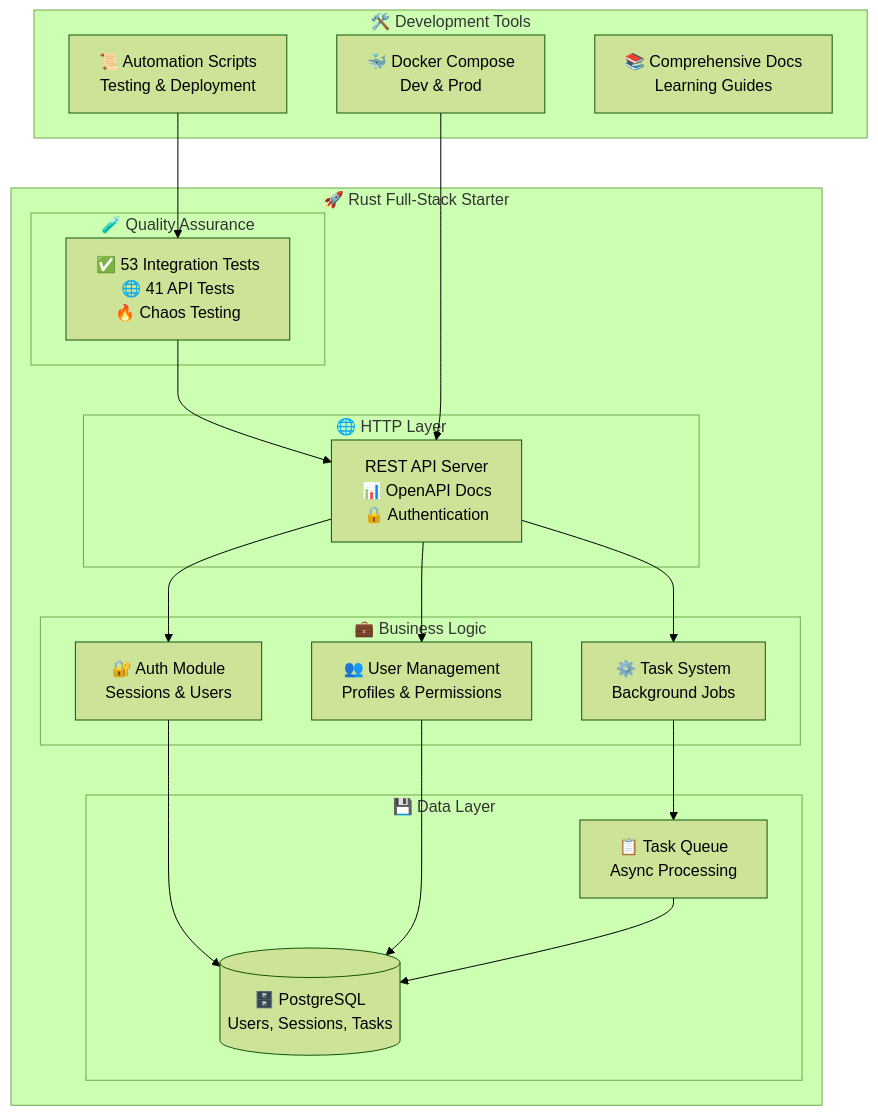
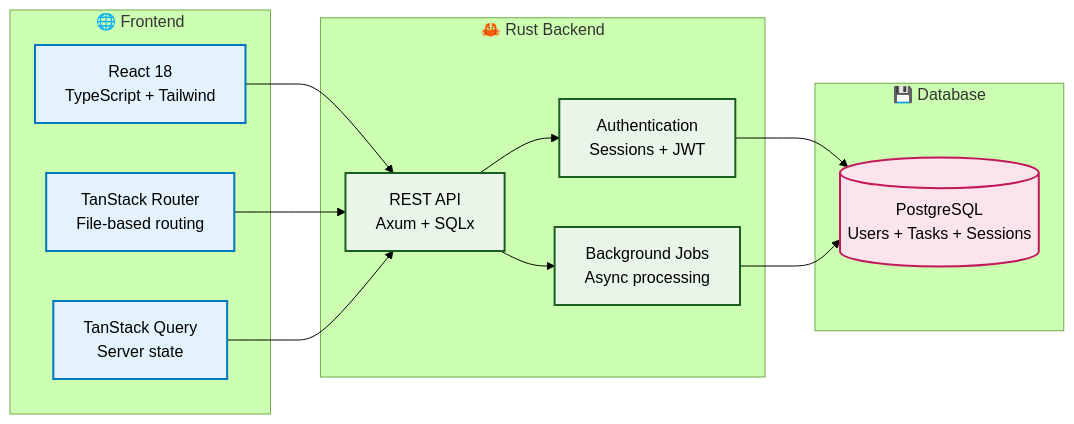
The first of 2 diagrams in docs/README.md (quanhua92/rust-fullstack-starter), drawn with Mermaid (forest theme) before and after one commit. The commit also changed other lines of this file and 2 other files, not shown here.

First line of the commit message:
docs: Implement hybrid starter approach - immediate value + optional depth

````diff
--- a/docs/README.md
+++ b/docs/README.md
@@ -19,41 +167,34 @@
 ```mermaid
-graph TB
-    subgraph "🚀 Rust Full-Stack Starter"
-        subgraph "🌐 HTTP Layer"
-            API[REST API Server<br/>📊 OpenAPI Docs<br/>🔒 Authentication]
-        end
-        
-        subgraph "💼 Business Logic"
-            AUTH[🔐 Auth Module<br/>Sessions & Users]
-            USERS[👥 User Management<br/>Profiles & Permissions]
-            TASKS[⚙️ Task System<br/>Background Jobs]
-        end
-        
-        subgraph "💾 Data Layer"
-            DB[(🗄️ PostgreSQL<br/>Users, Sessions, Tasks)]
-            QUEUE[📋 Task Queue<br/>Async Processing]
-        end
-        
-        subgraph "🧪 Quality Assurance"
-            TESTS[✅ 53 Integration Tests<br/>🌐 41 API Tests<br/>🔥 Chaos Testing]
-        end
+graph LR
+    subgraph "🌐 Frontend"
+        REACT[React 18<br/>TypeScript + Tailwind]
+        ROUTER[TanStack Router<br/>File-based routing]
+        STATE[TanStack Query<br/>Server state]
     end
     
-    subgraph "🛠️ Development Tools"
-        DOCKER[🐳 Docker Compose<br/>Dev & Prod]
-        SCRIPTS[📜 Automation Scripts<br/>Testing & Deployment]
-        DOCS[📚 Comprehensive Docs<br/>Learning Guides]
+    subgraph "🦀 Rust Backend"
+        API[REST API<br/>Axum + SQLx]
+        AUTH[Authentication<br/>Sessions + JWT]
+        TASKS[Background Jobs<br/>Async processing]
     end
     
+    subgraph "💾 Database"
+        POSTGRES[(PostgreSQL<br/>Users + Tasks + Sessions)]
+    end
+    
+    REACT --> API
+    ROUTER --> API
+    STATE --> API
     API --> AUTH
-    API --> USERS
     API --> TASKS
-    AUTH --> DB
-    USERS --> DB
-    TASKS --> QUEUE
-    QUEUE --> DB
+    AUTH --> POSTGRES
+    TASKS --> POSTGRES
     
-    TESTS --> API
-    DOCKER --> API
-    SCRIPTS --> TESTS
+    classDef frontend fill:#e3f2fd,stroke:#0277bd,stroke-width:2px
+    classDef backend fill:#e8f5e8,stroke:#1b5e20,stroke-width:2px
+    classDef database fill:#fce4ec,stroke:#c2185b,stroke-width:2px
+    
+    class REACT,ROUTER,STATE frontend
+    class API,AUTH,TASKS backend
+    class POSTGRES database
 ```
````
